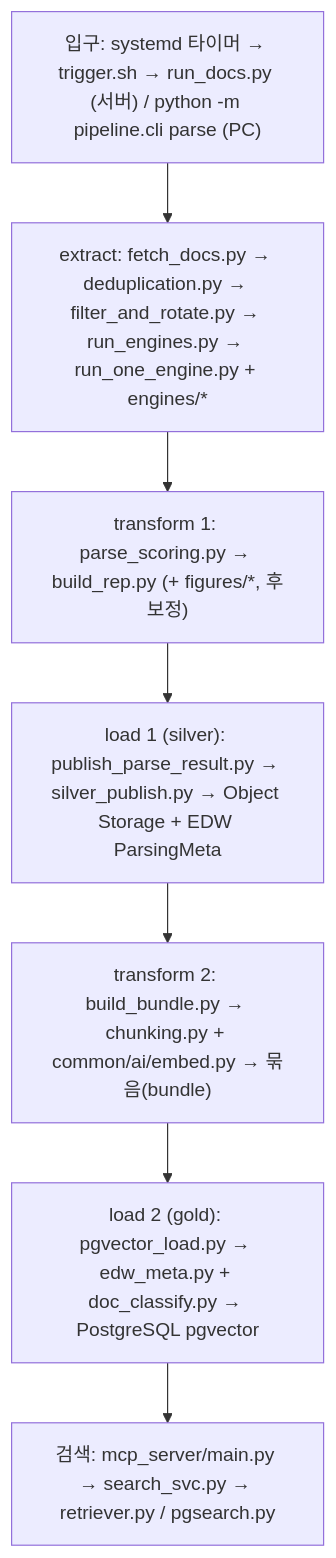
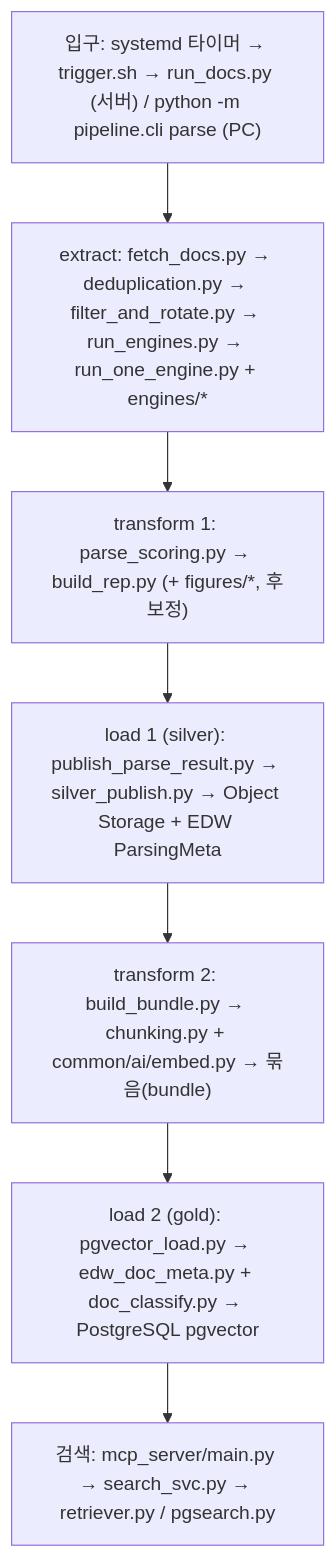
The first of 11 diagrams in docs/architecture/parse_flow.md (gigasamba/sbl_data_parsing), drawn with Mermaid before and after one commit. The commit also changed other lines of this file and 5 other files, not shown here.

````diff
--- a/docs/architecture/parse_flow.md
+++ b/docs/architecture/parse_flow.md
@@ -13,11 +13,11 @@
 ```mermaid
 flowchart TD
     A["입구: systemd 타이머 → trigger.sh → run_docs.py (서버) / python -m pipeline.cli parse (PC)"]
     B["extract: fetch_docs.py → deduplication.py → filter_and_rotate.py → run_engines.py → run_one_engine.py + engines/*"]
     C["transform 1: parse_scoring.py → build_rep.py (+ figures/*, 후보정)"]
     P["load 1 (silver): publish_parse_result.py → silver_publish.py → Object Storage + EDW ParsingMeta"]
     D["transform 2: build_bundle.py → chunking.py + common/ai/embed.py → 묶음(bundle)"]
-    E["load 2 (gold): pgvector_load.py → edw_meta.py + doc_classify.py → PostgreSQL pgvector"]
+    E["load 2 (gold): pgvector_load.py → edw_doc_meta.py + doc_classify.py → PostgreSQL pgvector"]
     F["검색: mcp_server/main.py → search_svc.py → retriever.py / pgsearch.py"]
     A --> B --> C --> P --> D --> E --> F
 ```
````
